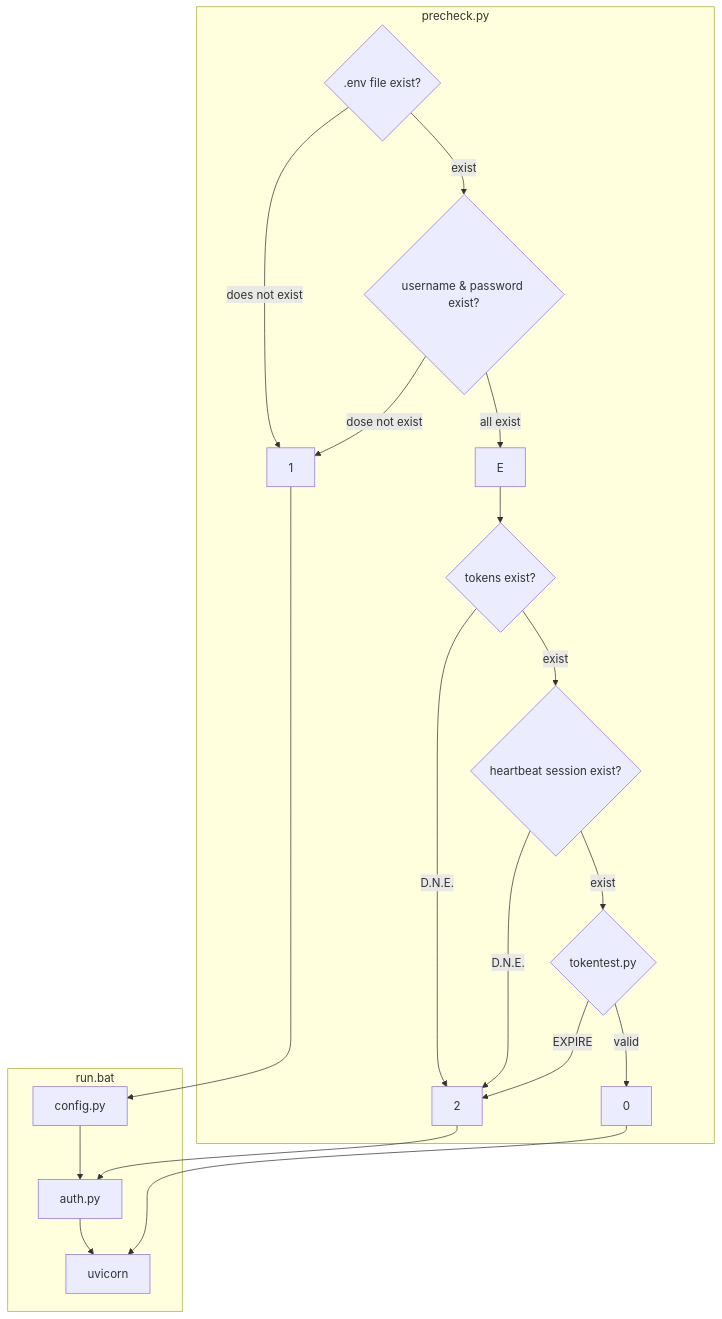
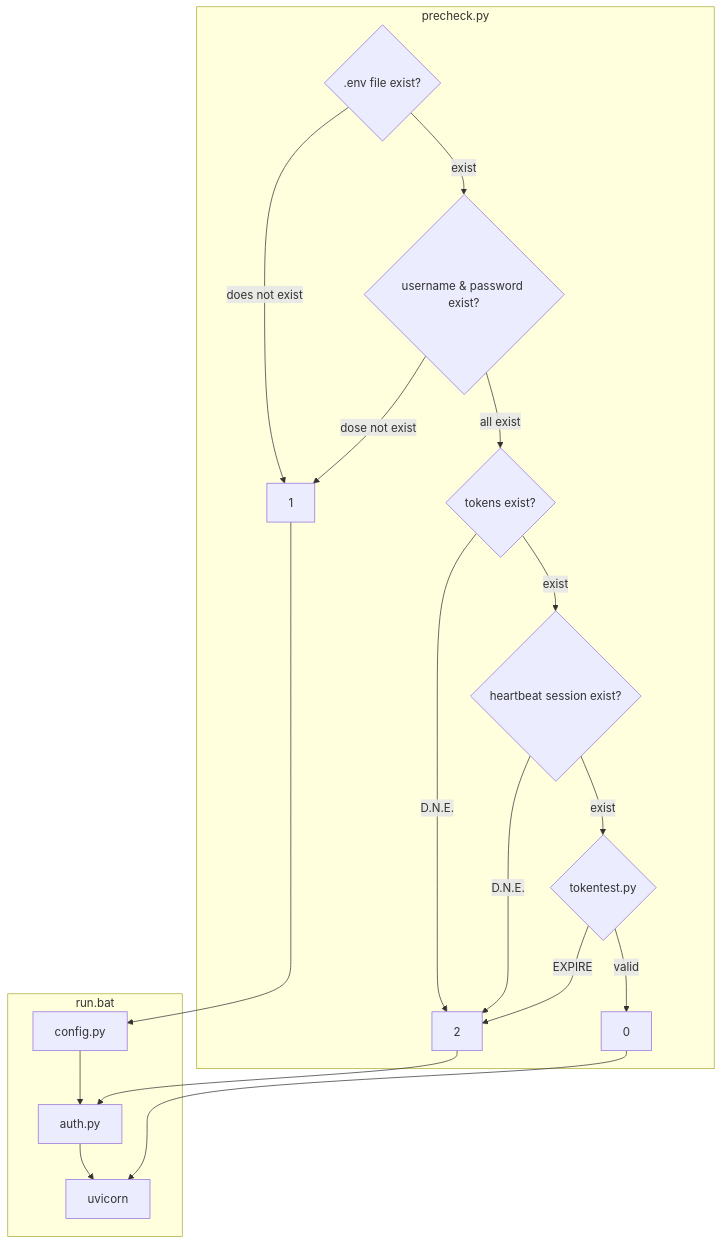
The diagram in README.md (sealeelike/XIPUAI-to-openAI-compatible-API), drawn with Mermaid before and after one commit.

````diff
--- a/README.md
+++ b/README.md
@@ -97,27 +97,26 @@
 ```mermaid
 graph TD
     subgraph precheck.py
         A{.env file exist?}
         A --exist--> D{username & password exist?}
         A --does not exist--> 1
 
-        D --all exist--> E
+        D --all exist--> F{tokens exist?}
         D --dose not exist--> 1
 
-        E --> F{tokens exist?}
         F --D.N.E.--> 2
         F --exist--> H{heartbeat session exist?}
         H --exist--> I{tokentest.py}
         H --D.N.E.--> 2
 
 
         I --EXPIRE--> 2
         I --valid--> 0
     end
     subgraph run.bat
         1 --> config.py --> auth.py --> uvicorn
         2 --> auth.py
         0 --> uvicorn
     end
 
 ```
````
